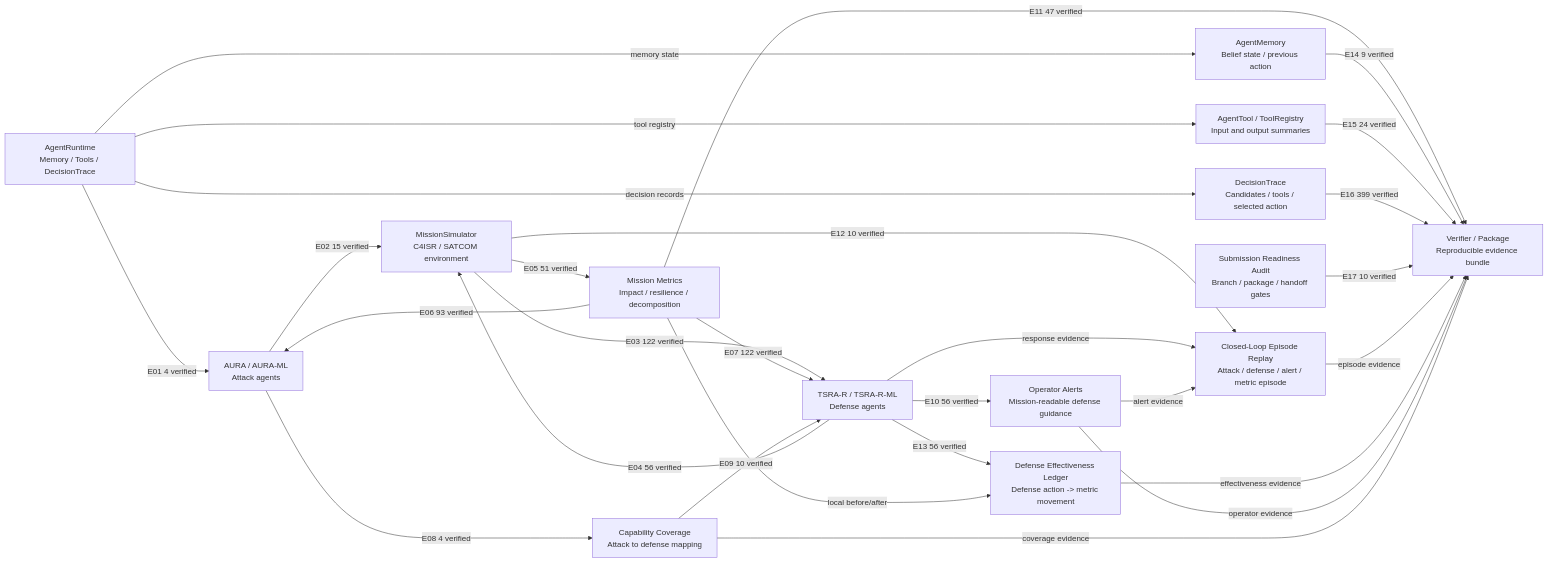
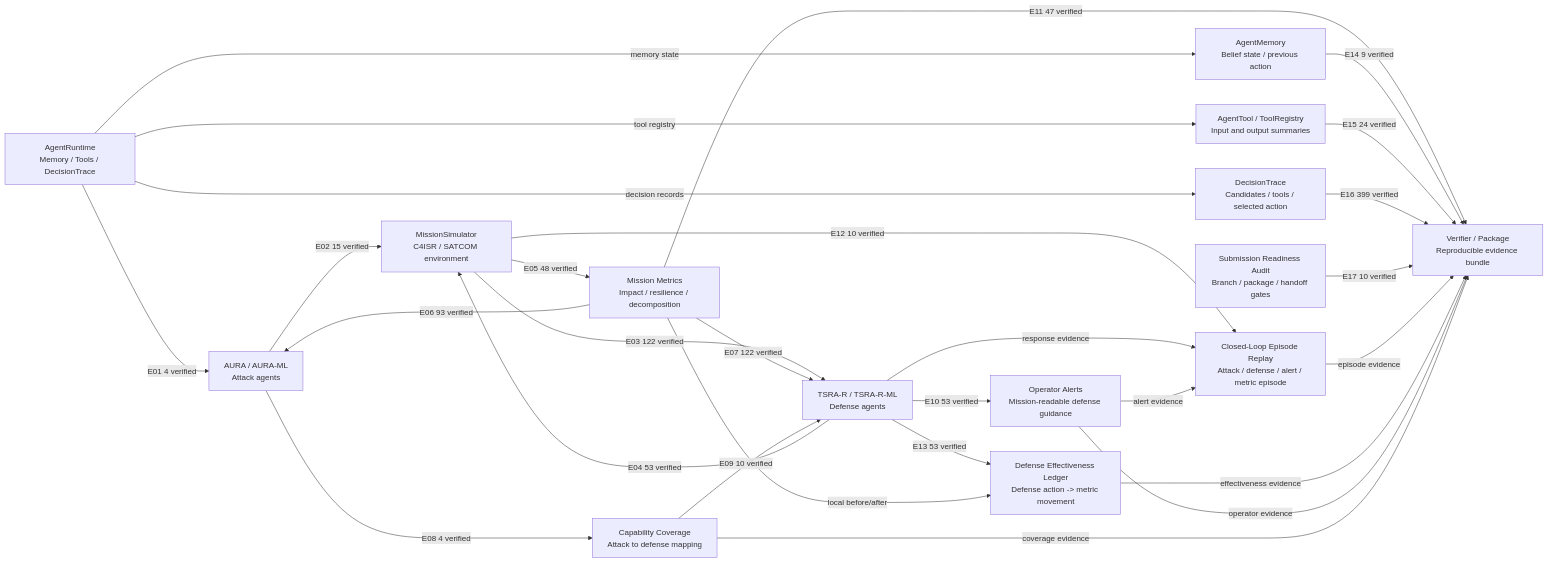
The diagram in outputs/report_tables/agent_collaboration_graph.md (Hbin77/LIG_DAH_AGI), drawn with Mermaid before and after one commit. The commit also changed other lines of this file and 107 other files, not shown here.

````diff
--- a/outputs/report_tables/agent_collaboration_graph.md
+++ b/outputs/report_tables/agent_collaboration_graph.md
@@ -7,44 +7,44 @@
 ```mermaid
 flowchart LR
   Runtime[AgentRuntime\nMemory / Tools / DecisionTrace]
   Memory[AgentMemory\nBelief state / previous action]
   Tools[AgentTool / ToolRegistry\nInput and output summaries]
   Trace[DecisionTrace\nCandidates / tools / selected action]
   Aura[AURA / AURA-ML\nAttack agents]
   Sim[MissionSimulator\nC4ISR / SATCOM environment]
   Tsra[TSRA-R / TSRA-R-ML\nDefense agents]
   Metrics[Mission Metrics\nImpact / resilience / decomposition]
   Alerts[Operator Alerts\nMission-readable defense guidance]
   Ledger[Defense Effectiveness Ledger\nDefense action -> metric movement]
   Coverage[Capability Coverage\nAttack to defense mapping]
   Replay[Closed-Loop Episode Replay\nAttack / defense / alert / metric episode]
   Readiness[Submission Readiness Audit\nBranch / package / handoff gates]
   Verifier[Verifier / Package\nReproducible evidence bundle]
   Runtime -->|E01 4 verified| Aura
   Runtime -->|memory state| Memory
   Runtime -->|tool registry| Tools
   Runtime -->|decision records| Trace
   Aura -->|E02 15 verified| Sim
   Sim -->|E03 122 verified| Tsra
-  Tsra -->|E04 56 verified| Sim
-  Sim -->|E05 51 verified| Metrics
+  Tsra -->|E04 53 verified| Sim
+  Sim -->|E05 48 verified| Metrics
   Metrics -->|E06 93 verified| Aura
   Metrics -->|E07 122 verified| Tsra
   Aura -->|E08 4 verified| Coverage
   Coverage -->|E09 10 verified| Tsra
-  Tsra -->|E10 56 verified| Alerts
+  Tsra -->|E10 53 verified| Alerts
   Metrics -->|E11 47 verified| Verifier
   Sim -->|E12 10 verified| Replay
-  Tsra -->|E13 56 verified| Ledger
+  Tsra -->|E13 53 verified| Ledger
   Metrics -->|local before/after| Ledger
   Memory -->|E14 9 verified| Verifier
   Tools -->|E15 24 verified| Verifier
   Trace -->|E16 399 verified| Verifier
   Readiness -->|E17 10 verified| Verifier
   Tsra -->|response evidence| Replay
   Alerts -->|alert evidence| Replay
   Replay -->|episode evidence| Verifier
   Ledger -->|effectiveness evidence| Verifier
   Alerts -->|operator evidence| Verifier
   Coverage -->|coverage evidence| Verifier
 ```
````
